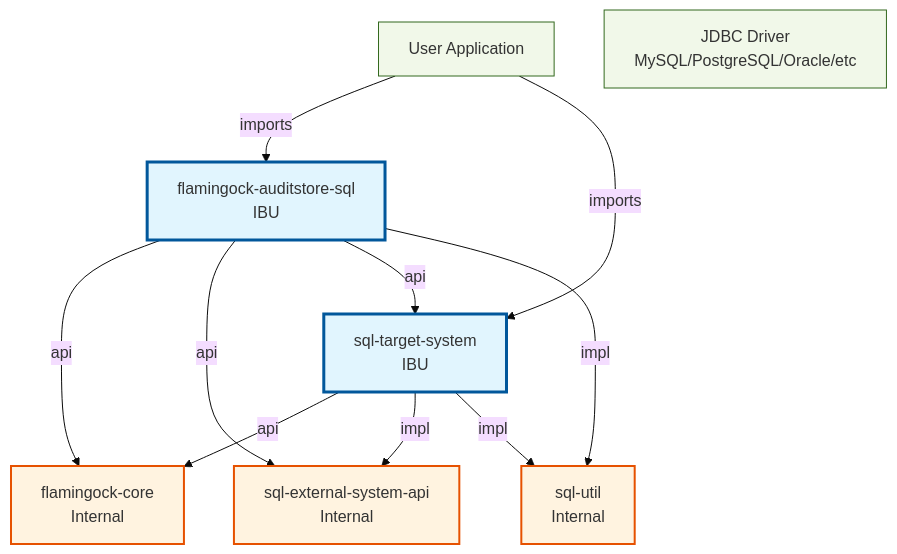
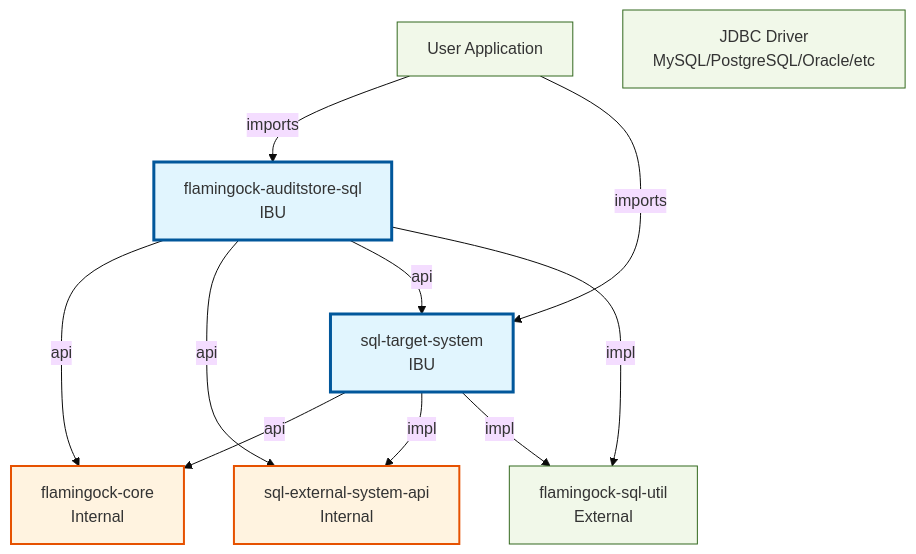
One commit to flamingock/flamingock-java changed the fifth of 7 diagrams in docs/ARCHITECTURE_OVERVIEW.md. Above: the diagram before and after it, drawn with Mermaid (base theme). The commit also changed other lines of this file and 18 other files, not shown here.

````diff
--- a/docs/ARCHITECTURE_OVERVIEW.md
+++ b/docs/ARCHITECTURE_OVERVIEW.md
@@ -551,26 +551,26 @@
 ```mermaid
 graph TB
     classDef ibu fill:#e1f5fe,stroke:#01579b,stroke-width:3px
     classDef ubu fill:#f3e5f5,stroke:#4a148c,stroke-width:3px
     classDef internal fill:#fff3e0,stroke:#e65100,stroke-width:2px
     classDef external fill:#f1f8e9,stroke:#33691e,stroke-width:1px
 
     User[User Application]:::external
     User -->|imports| flamingock-auditstore-sql
     User -->|imports| sql-target-system
 
     flamingock-auditstore-sql[flamingock-auditstore-sql<br/>IBU]:::ibu
     sql-target-system[sql-target-system<br/>IBU]:::ibu
     sql-external-system-api[sql-external-system-api<br/>Internal]:::internal
     flamingock-core[flamingock-core<br/>Internal]:::internal
-    sql-util[sql-util<br/>Internal]:::internal
+    flamingock-sql-util[flamingock-sql-util<br/>External]:::external
     JDBC[JDBC Driver<br/>MySQL/PostgreSQL/Oracle/etc]:::external
 
     flamingock-auditstore-sql -->|api| flamingock-core
     flamingock-auditstore-sql -->|api| sql-external-system-api
     flamingock-auditstore-sql -->|api| sql-target-system
-    flamingock-auditstore-sql -->|impl| sql-util
+    flamingock-auditstore-sql -->|impl| flamingock-sql-util
     sql-target-system -->|api| flamingock-core
     sql-target-system -->|impl| sql-external-system-api
-    sql-target-system -->|impl| sql-util
+    sql-target-system -->|impl| flamingock-sql-util
 ```
````
